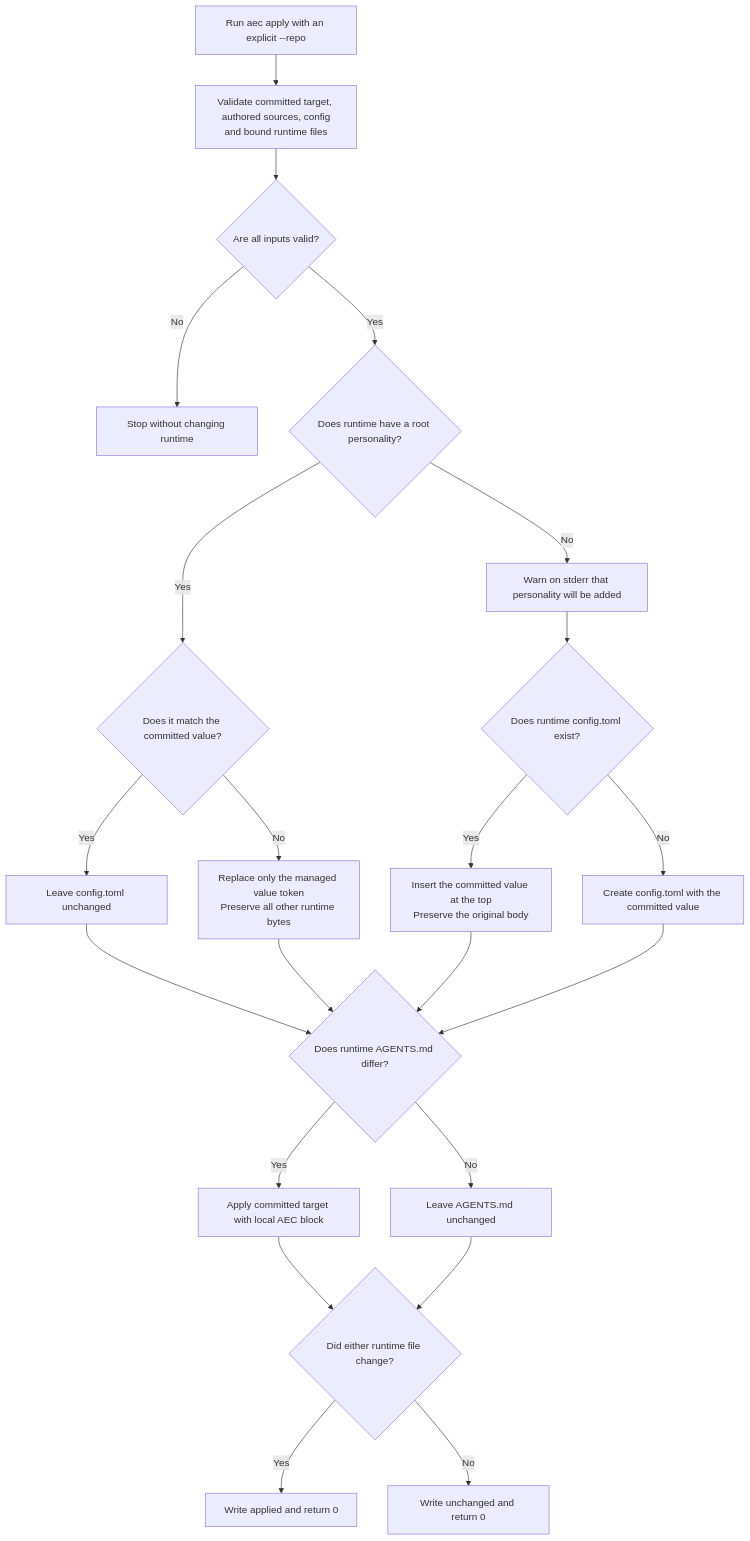
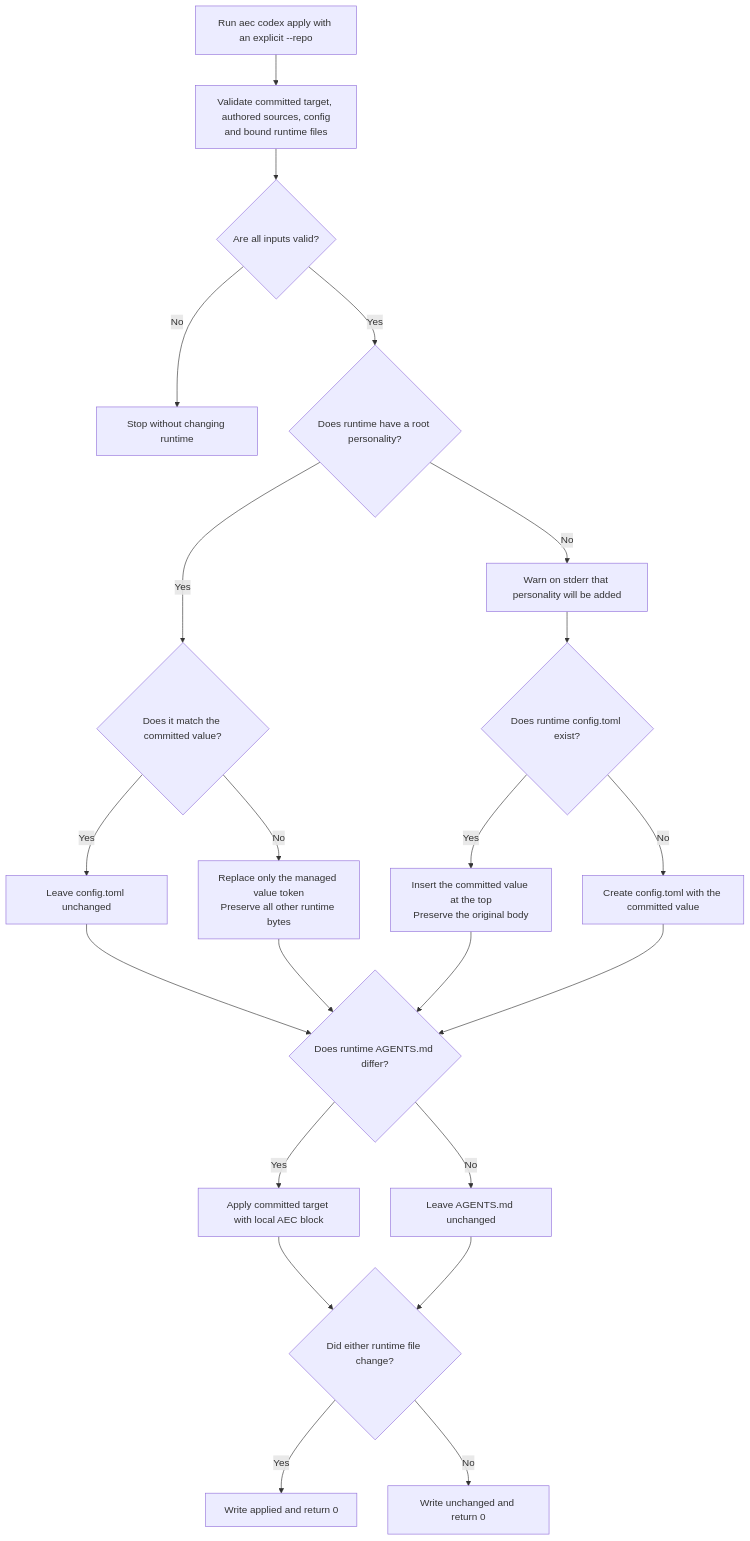
One commit to ferrywlto/ai-env-as-code changed the sixth of 11 diagrams in docs/reference.md. Above: the diagram before and after it, drawn with Mermaid. The commit also changed other lines of this file and 35 other files, not shown here.

````diff
--- a/docs/reference.md
+++ b/docs/reference.md
@@ -404,24 +401,24 @@
 ```mermaid
 flowchart TD
-    Start["Run aec apply with an explicit --repo"] --> Validate["Validate committed target, authored sources, config<br/>and bound runtime files"]
+    Start["Run aec codex apply with an explicit --repo"] --> Validate["Validate committed target, authored sources, config<br/>and bound runtime files"]
     Validate --> Valid{"Are all inputs valid?"}
     Valid -->|"No"| Stop["Stop without changing runtime"]
     Valid -->|"Yes"| Present{"Does runtime have a root personality?"}
     Present -->|"Yes"| Match{"Does it match the committed value?"}
     Match -->|"Yes"| KeepConfig["Leave config.toml unchanged"]
     Match -->|"No"| Replace["Replace only the managed value token<br/>Preserve all other runtime bytes"]
     Present -->|"No"| Warn["Warn on stderr that personality will be added"]
     Warn --> Exists{"Does runtime config.toml exist?"}
     Exists -->|"Yes"| Insert["Insert the committed value at the top<br/>Preserve the original body"]
     Exists -->|"No"| Create["Create config.toml with the committed value"]
     KeepConfig --> Agents{"Does runtime AGENTS.md differ?"}
     Replace --> Agents
     Insert --> Agents
     Create --> Agents
     Agents -->|"Yes"| ApplyAgents["Apply committed target with local AEC block"]
     Agents -->|"No"| KeepAgents["Leave AGENTS.md unchanged"]
     ApplyAgents --> Changed{"Did either runtime file change?"}
     KeepAgents --> Changed
     Changed -->|"Yes"| Applied["Write applied and return 0"]
     Changed -->|"No"| Unchanged["Write unchanged and return 0"]
 ```
````
